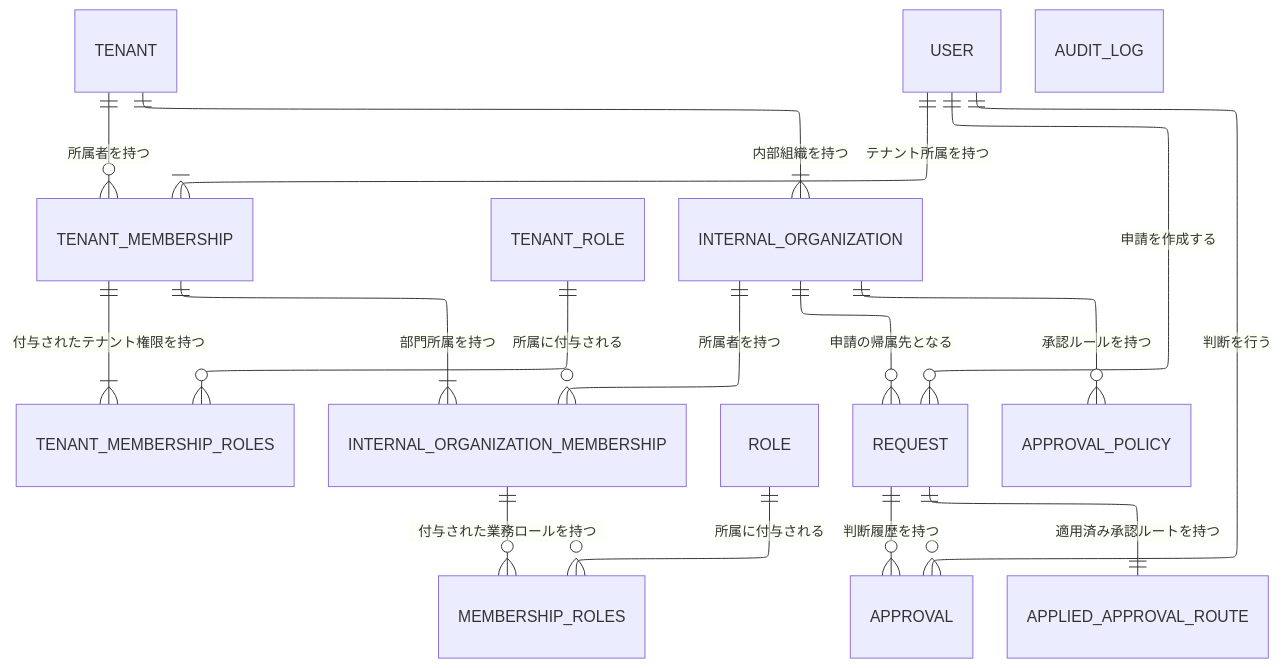
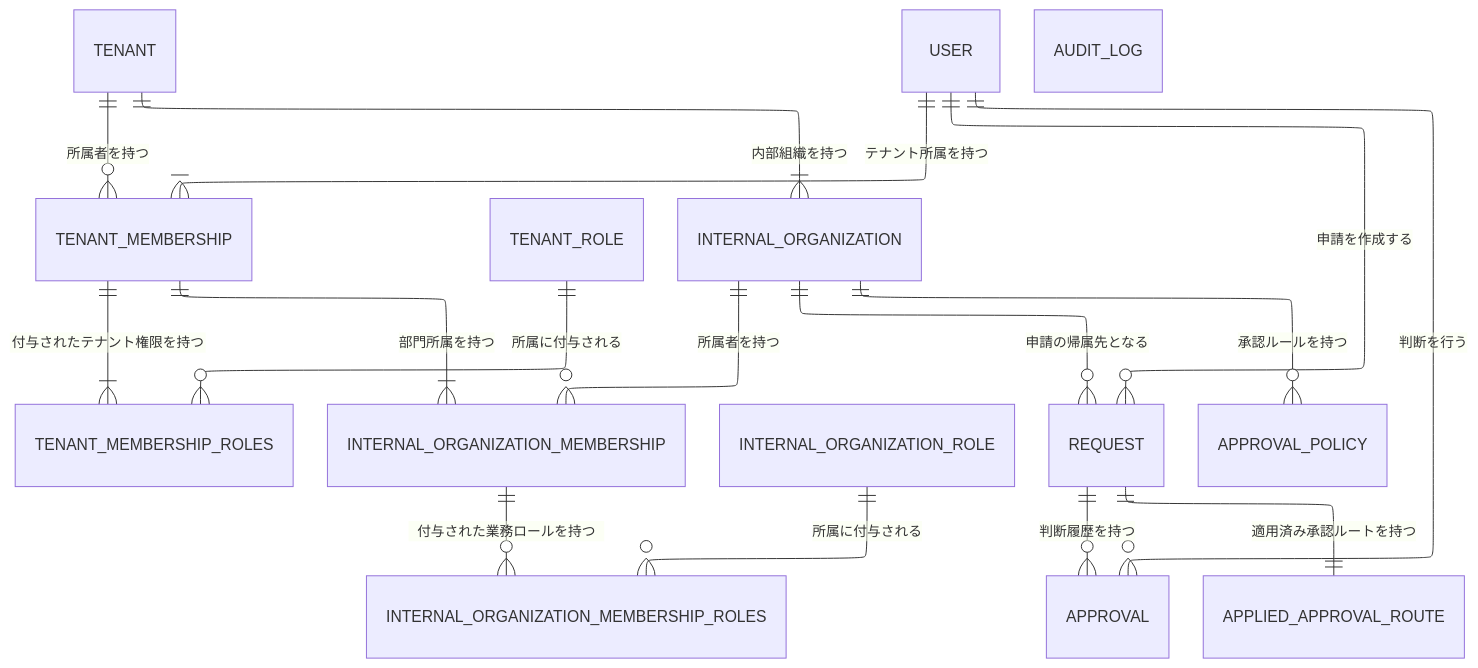
Before and after one commit to n-yoshida-dev/orgflow: the diagram in docs/er/01_concept-er.md, drawn with Mermaid. The commit also changed 12 other files, not shown here.

````diff
--- a/docs/er/01_concept-er.md
+++ b/docs/er/01_concept-er.md
@@ -19,41 +19,41 @@
 ```mermaid
 ---
 config:
   layout: elk
 ---
 erDiagram
   TENANT
   USER
   TENANT_MEMBERSHIP
   TENANT_ROLE
   TENANT_MEMBERSHIP_ROLES
 
   INTERNAL_ORGANIZATION
   INTERNAL_ORGANIZATION_MEMBERSHIP
-  ROLE
-  MEMBERSHIP_ROLES
+  INTERNAL_ORGANIZATION_ROLE
+  INTERNAL_ORGANIZATION_MEMBERSHIP_ROLES
 
   REQUEST
   APPROVAL
   APPROVAL_POLICY
   APPLIED_APPROVAL_ROUTE
   AUDIT_LOG
 
   TENANT ||--o{ TENANT_MEMBERSHIP : 所属者を持つ
   USER ||--|{ TENANT_MEMBERSHIP : テナント所属を持つ
   TENANT_MEMBERSHIP ||--|{ TENANT_MEMBERSHIP_ROLES : 付与されたテナント権限を持つ
   TENANT_ROLE ||--o{ TENANT_MEMBERSHIP_ROLES : 所属に付与される
 
   TENANT ||--|{ INTERNAL_ORGANIZATION : 内部組織を持つ
   TENANT_MEMBERSHIP ||--|{ INTERNAL_ORGANIZATION_MEMBERSHIP : 部門所属を持つ
   INTERNAL_ORGANIZATION ||--o{ INTERNAL_ORGANIZATION_MEMBERSHIP : 所属者を持つ
-  INTERNAL_ORGANIZATION_MEMBERSHIP ||--o{ MEMBERSHIP_ROLES : 付与された業務ロールを持つ
-  ROLE ||--o{ MEMBERSHIP_ROLES : 所属に付与される
+  INTERNAL_ORGANIZATION_MEMBERSHIP ||--o{ INTERNAL_ORGANIZATION_MEMBERSHIP_ROLES : 付与された業務ロールを持つ
+  INTERNAL_ORGANIZATION_ROLE ||--o{ INTERNAL_ORGANIZATION_MEMBERSHIP_ROLES : 所属に付与される
 
   USER ||--o{ REQUEST : 申請を作成する
   INTERNAL_ORGANIZATION ||--o{ REQUEST : 申請の帰属先となる
   REQUEST ||--o{ APPROVAL : 判断履歴を持つ
   USER ||--o{ APPROVAL : 判断を行う
   INTERNAL_ORGANIZATION ||--o{ APPROVAL_POLICY : 承認ルールを持つ
   REQUEST ||--|| APPLIED_APPROVAL_ROUTE : 適用済み承認ルートを持つ
 ```
````
